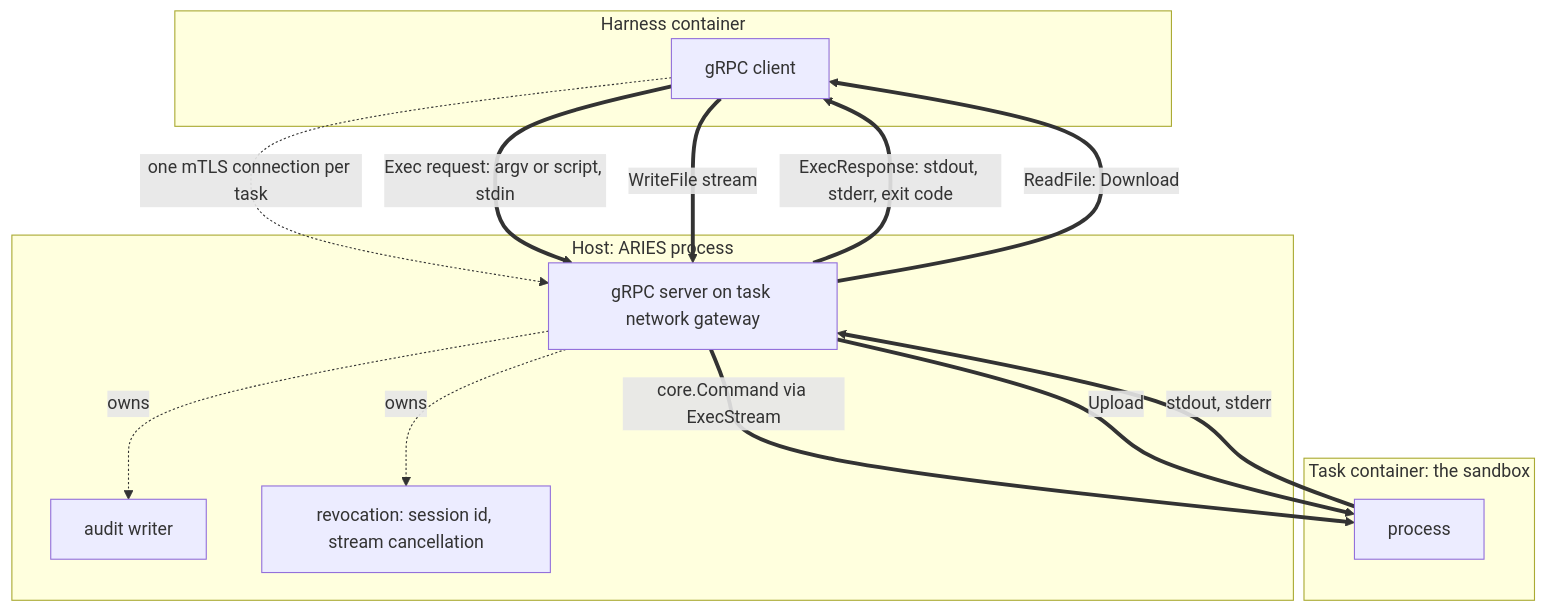
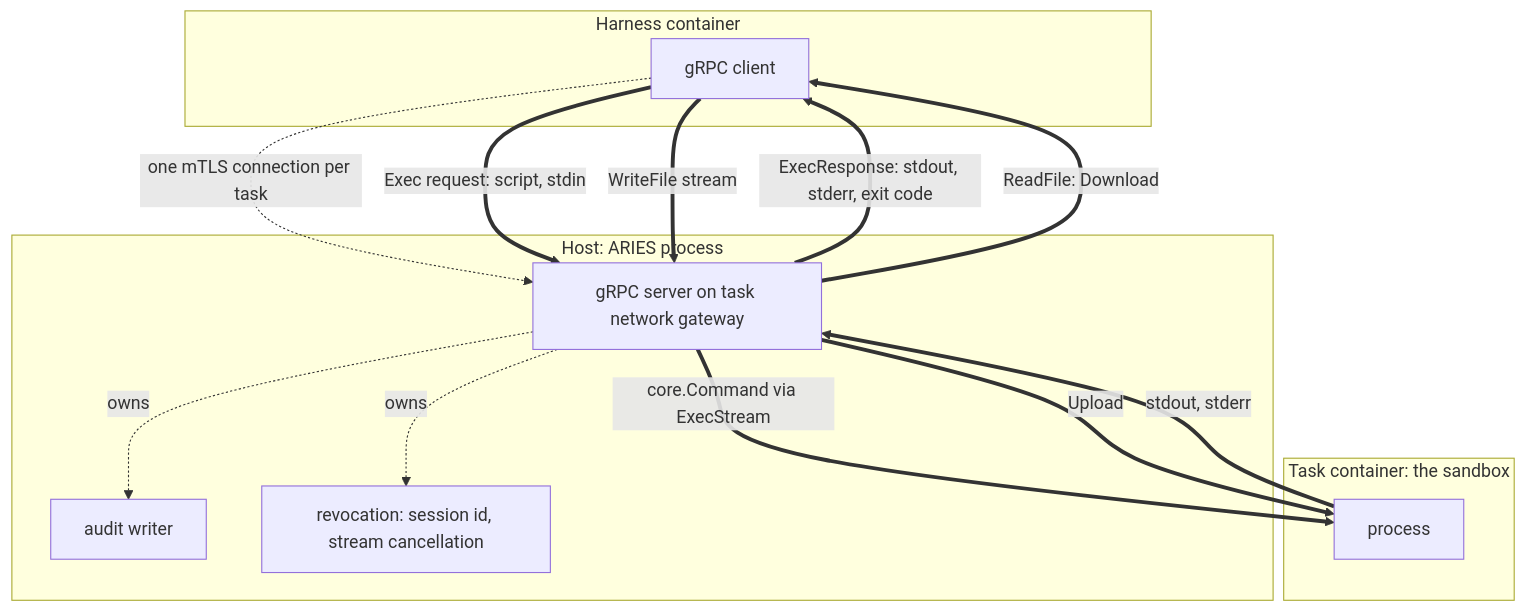
Before and after one commit to hyscale-lab/ARIES: the diagram in docs/design/grpc-bridge.md, drawn with Mermaid. The commit also changed other lines of this file and 1 other file, not shown here.

First line of the commit message:
docs: cut ExecRequest to the two fields the wire carries

````diff
--- a/docs/design/grpc-bridge.md
+++ b/docs/design/grpc-bridge.md
@@ -18,28 +18,28 @@
 ```mermaid
 flowchart TB
     subgraph H["Harness container"]
         C["gRPC client"]
     end
 
     subgraph P["Host: ARIES process"]
         G["gRPC server on task network gateway"]
         A["audit writer"]
         R["revocation: session id, stream cancellation"]
     end
 
     subgraph S["Task container: the sandbox"]
         T["process"]
     end
 
     C -. one mTLS connection per task .-> G
     G -. owns .-> A
     G -. owns .-> R
 
-    C ==>|Exec request: argv or script, stdin| G
+    C ==>|Exec request: script, stdin| G
     G ==>|core.Command via ExecStream| T
     T ==>|stdout, stderr| G
     G ==>|ExecResponse: stdout, stderr, exit code| C
     C ==>|WriteFile stream| G
     G ==>|Upload| T
     G ==>|ReadFile: Download| C
 ```
````
